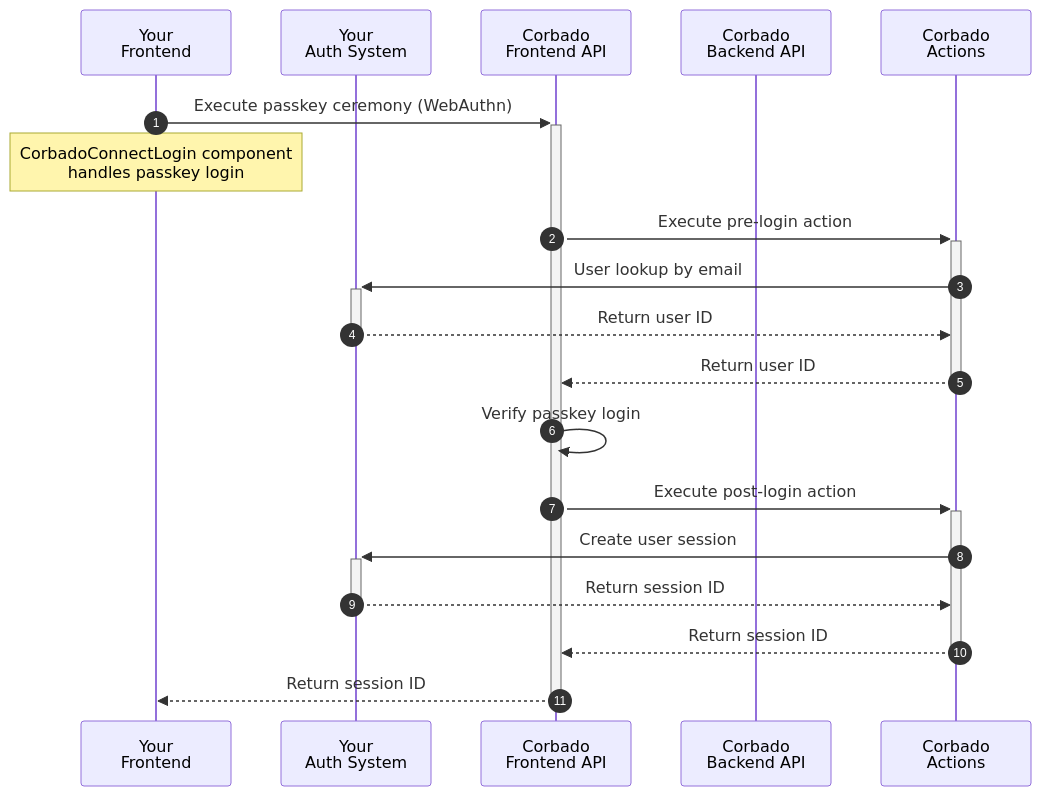
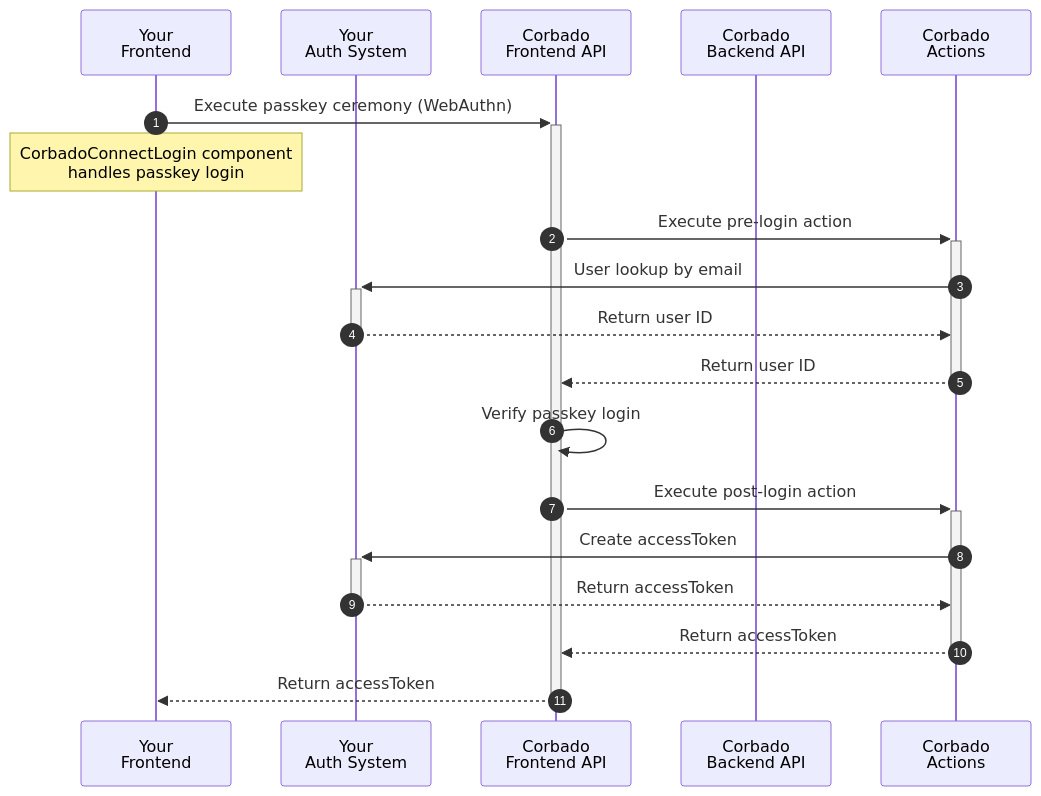
One commit to corbadotech/docs changed the fourth of 4 diagrams in corbado-connect/integration/generic/web.mdx. Above: the diagram before and after it, drawn with Mermaid. The commit also changed other lines of this file, not shown here.

Commit message:
Adapt web to accessToken

````diff
--- a/corbado-connect/integration/generic/web.mdx
+++ b/corbado-connect/integration/generic/web.mdx
@@ -340,22 +348,22 @@
 ```mermaid
 sequenceDiagram
     autonumber
     participant Frontend as Your<br/>Frontend
     participant IdP as Your<br/>Auth System
     participant FAPI as Corbado<br/>Frontend API
     participant BAPI as Corbado<br/>Backend API
     participant Actions as Corbado<br/>Actions
 
     Frontend->>+FAPI: Execute passkey ceremony (WebAuthn)
     Note over Frontend: CorbadoConnectLogin component<br/>handles passkey login
     FAPI->>+Actions: Execute pre-login action
     Actions->>+IdP: User lookup by email
     IdP-->>-Actions: Return user ID
     Actions-->>-FAPI: Return user ID
     FAPI->>FAPI: Verify passkey login
     FAPI->>+Actions: Execute post-login action
-    Actions->>+IdP: Create user session
-    IdP-->>-Actions: Return session ID
-    Actions-->>-FAPI: Return session ID
-    FAPI-->>-Frontend: Return session ID
+    Actions->>+IdP: Create accessToken
+    IdP-->>-Actions: Return accessToken
+    Actions-->>-FAPI: Return accessToken
+    FAPI-->>-Frontend: Return accessToken
 ```
````
